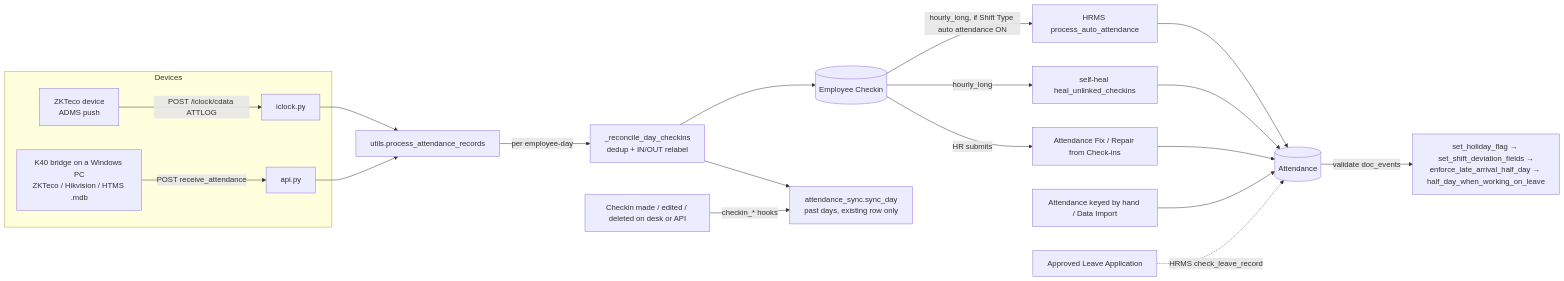
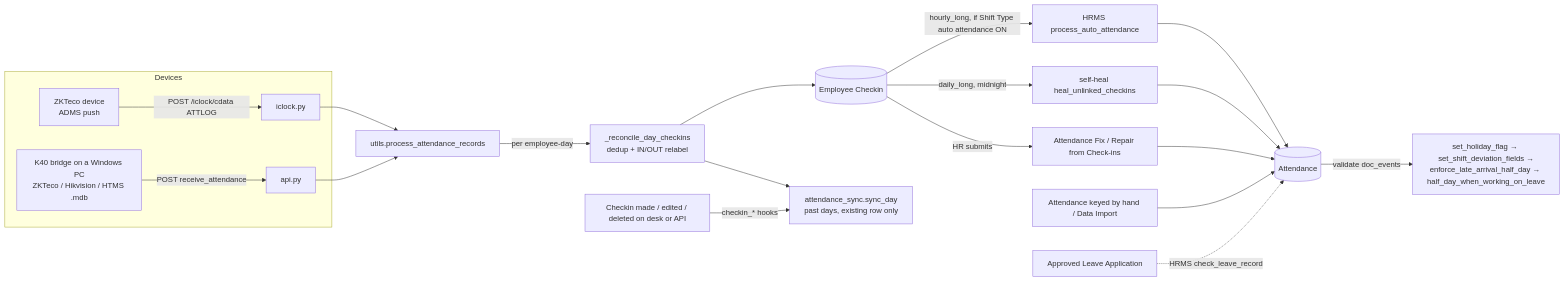
The diagram in docs/system-reference/02-checkin-to-attendance.md (SubashRDP/avinashgroup_app), drawn with Mermaid before and after one commit. The commit also changed other lines of this file and 21 other files, not shown here.

First line of the commit message:
Attendance self-heal: run nightly instead of hourly

````diff
--- a/docs/system-reference/02-checkin-to-attendance.md
+++ b/docs/system-reference/02-checkin-to-attendance.md
@@ -14,22 +14,22 @@
 ```mermaid
 flowchart LR
   subgraph Devices
     ZK[ZKTeco device<br/>ADMS push] -->|POST /iclock/cdata ATTLOG| IC[iclock.py]
     K40[K40 bridge on a Windows PC<br/>ZKTeco / Hikvision / HTMS .mdb] -->|POST receive_attendance| API[api.py]
   end
   IC --> PAR[utils.process_attendance_records]
   API --> PAR
   PAR -->|per employee-day| REC[_reconcile_day_checkins<br/>dedup + IN/OUT relabel]
   REC --> CK[(Employee Checkin)]
   REC --> SD[attendance_sync.sync_day<br/>past days, existing row only]
   DESK[Checkin made / edited / deleted on desk or API] -->|checkin_* hooks| SD
   CK -->|hourly_long, if Shift Type auto attendance ON| HR[HRMS process_auto_attendance]
-  CK -->|hourly_long| SH[self-heal heal_unlinked_checkins]
+  CK -->|daily_long, midnight| SH[self-heal heal_unlinked_checkins]
   CK -->|HR submits| AF[Attendance Fix / Repair from Check-ins]
   HR --> ATT[(Attendance)]
   SH --> ATT
   AF --> ATT
   MAN[Attendance keyed by hand / Data Import] --> ATT
   LA[Approved Leave Application] -.HRMS check_leave_record.-> ATT
   ATT -->|validate doc_events| HOOKS[set_holiday_flag → set_shift_deviation_fields →<br/>enforce_late_arrival_half_day → half_day_when_working_on_leave]
 ```
````
